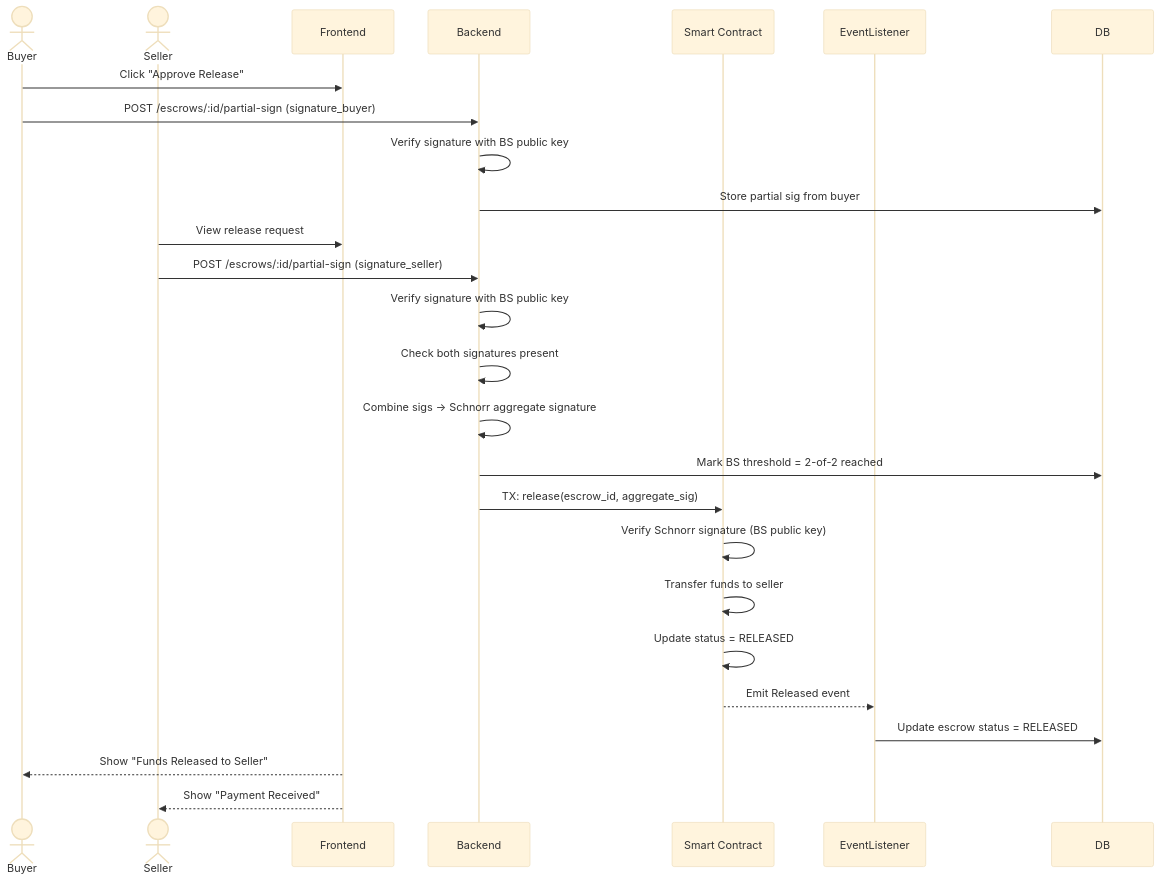
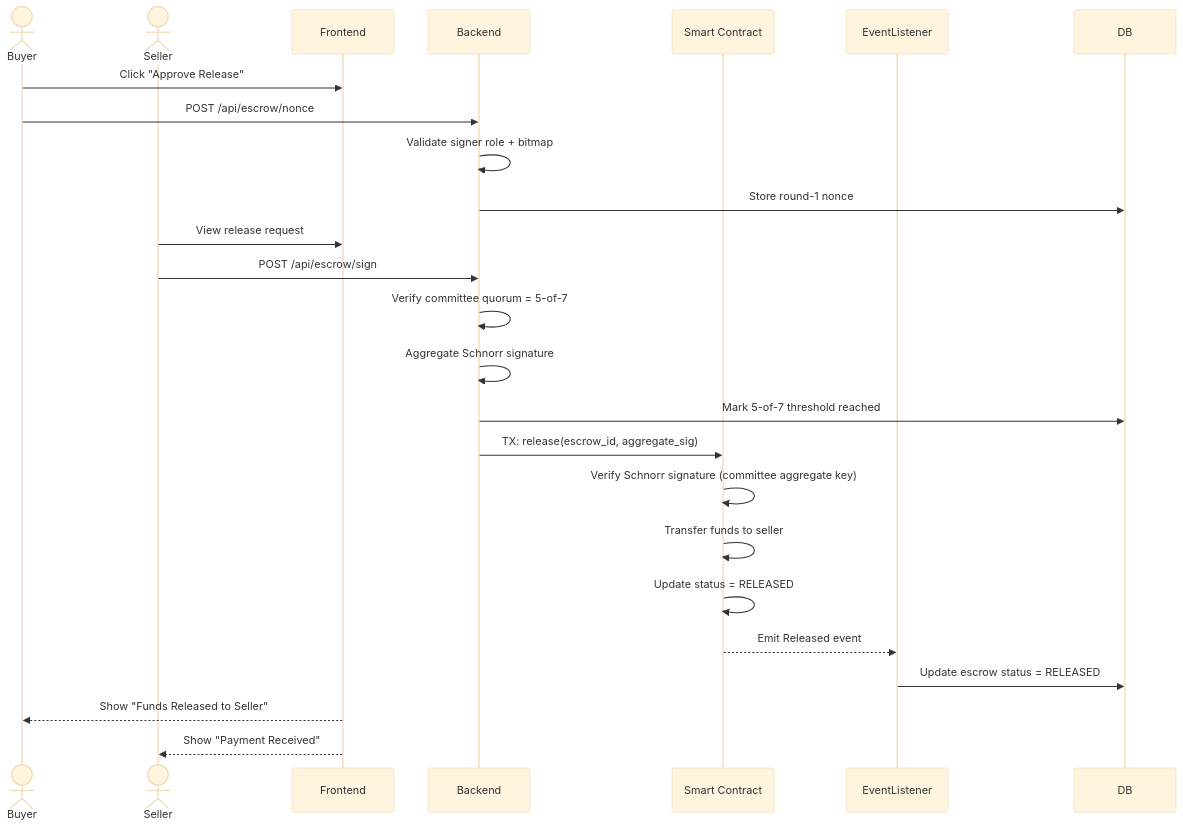
The sixth of 8 diagrams in docs/use-cases-and-user-stories.md (qnm1903/KLTN), drawn with Mermaid (base theme) before and after one commit. The commit also changed other lines of this file and 19 other files, not shown here.

Commit message:
feat(backend): migrate mediator model from single relation to EscrowMediator committee

````diff
--- a/docs/use-cases-and-user-stories.md
+++ b/docs/use-cases-and-user-stories.md
@@ -263,32 +261,31 @@
 ```mermaid
 sequenceDiagram
     actor Buyer
     actor Seller
     participant Frontend
     participant Backend
     participant SmartContract as Smart Contract
     participant EventListener
     participant DB
 
     Buyer->>Frontend: Click "Approve Release"
-    Buyer->>Backend: POST /escrows/:id/partial-sign (signature_buyer)
-    Backend->>Backend: Verify signature with BS public key
-    Backend->>DB: Store partial sig from buyer
+    Buyer->>Backend: POST /api/escrow/nonce
+    Backend->>Backend: Validate signer role + bitmap
+    Backend->>DB: Store round-1 nonce
     
     Seller->>Frontend: View release request
-    Seller->>Backend: POST /escrows/:id/partial-sign (signature_seller)
-    Backend->>Backend: Verify signature with BS public key
-    Backend->>Backend: Check both signatures present
-    Backend->>Backend: Combine sigs -> Schnorr aggregate signature
-    Backend->>DB: Mark BS threshold = 2-of-2 reached
+    Seller->>Backend: POST /api/escrow/sign
+    Backend->>Backend: Verify committee quorum = 5-of-7
+    Backend->>Backend: Aggregate Schnorr signature
+    Backend->>DB: Mark 5-of-7 threshold reached
     
     Backend->>SmartContract: TX: release(escrow_id, aggregate_sig)
-    SmartContract->>SmartContract: Verify Schnorr signature (BS public key)
+    SmartContract->>SmartContract: Verify Schnorr signature (committee aggregate key)
     SmartContract->>SmartContract: Transfer funds to seller
     SmartContract->>SmartContract: Update status = RELEASED
     SmartContract-->>EventListener: Emit Released event
     
     EventListener->>DB: Update escrow status = RELEASED
     Frontend-->>Buyer: Show "Funds Released to Seller"
     Frontend-->>Seller: Show "Payment Received"
 ```
````
